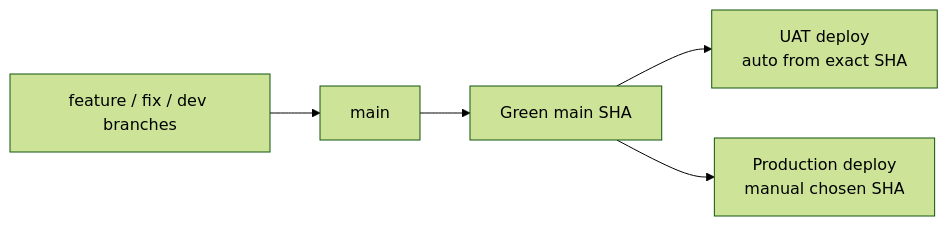
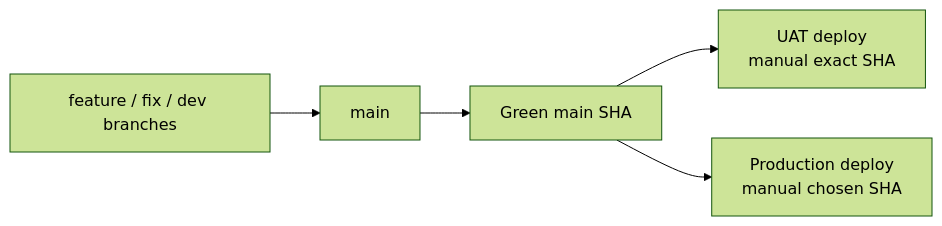
One commit to hushh-labs/hushh-research changed the diagram in docs/reference/operations/branch-governance.md. Above: the diagram before and after it, drawn with Mermaid (forest theme). The commit also changed other lines of this file and 18 other files, not shown here.

````diff
--- a/docs/reference/operations/branch-governance.md
+++ b/docs/reference/operations/branch-governance.md
@@ -6,11 +6,11 @@
 ```mermaid
 flowchart LR
   feature["feature / fix / dev branches"]
   main["main"]
   green["Green main SHA"]
-  uat["UAT deploy<br/>auto from exact SHA"]
+  uat["UAT deploy<br/>manual exact SHA"]
   prod["Production deploy<br/>manual chosen SHA"]
   feature --> main --> green
   green --> uat
   green --> prod
 ```
````
